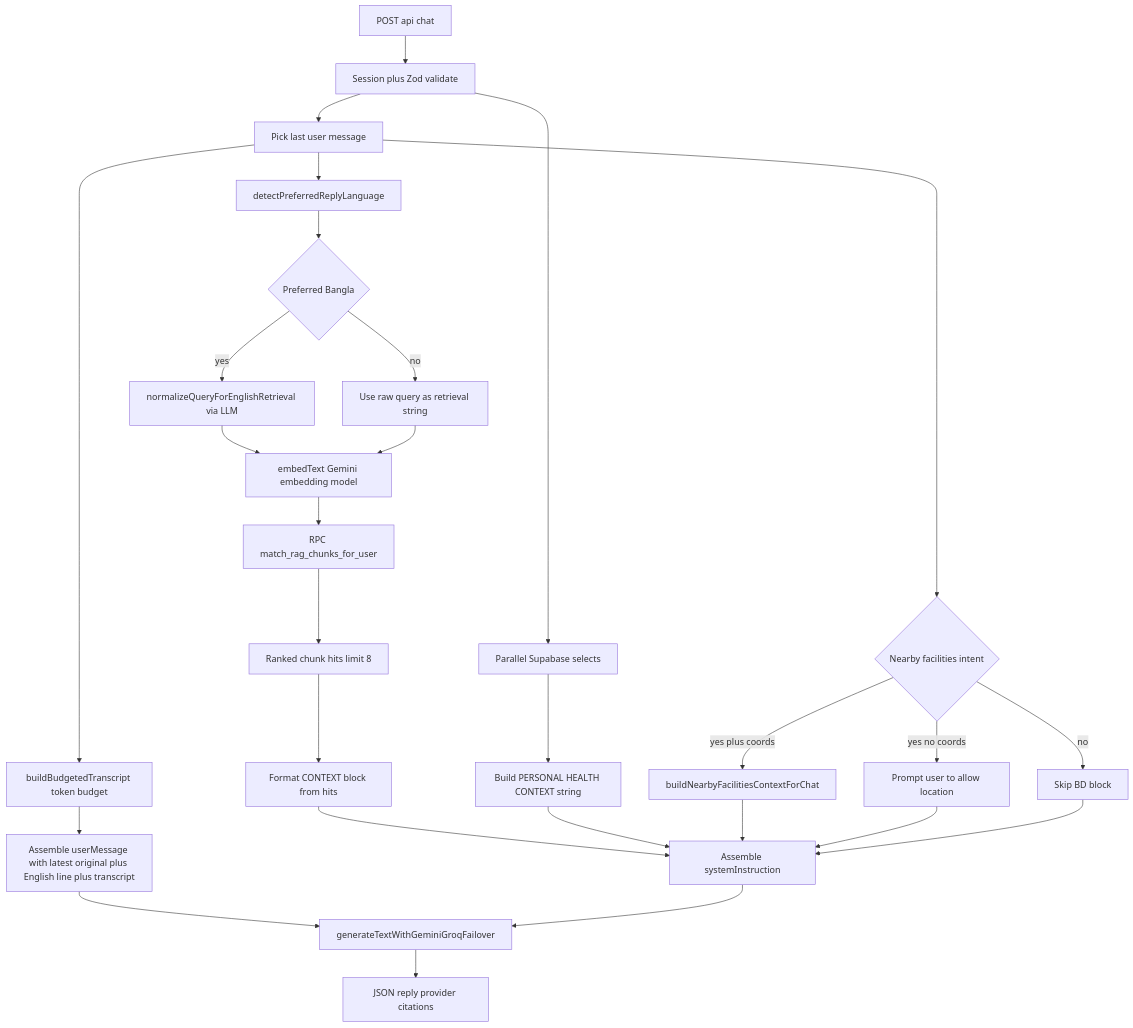
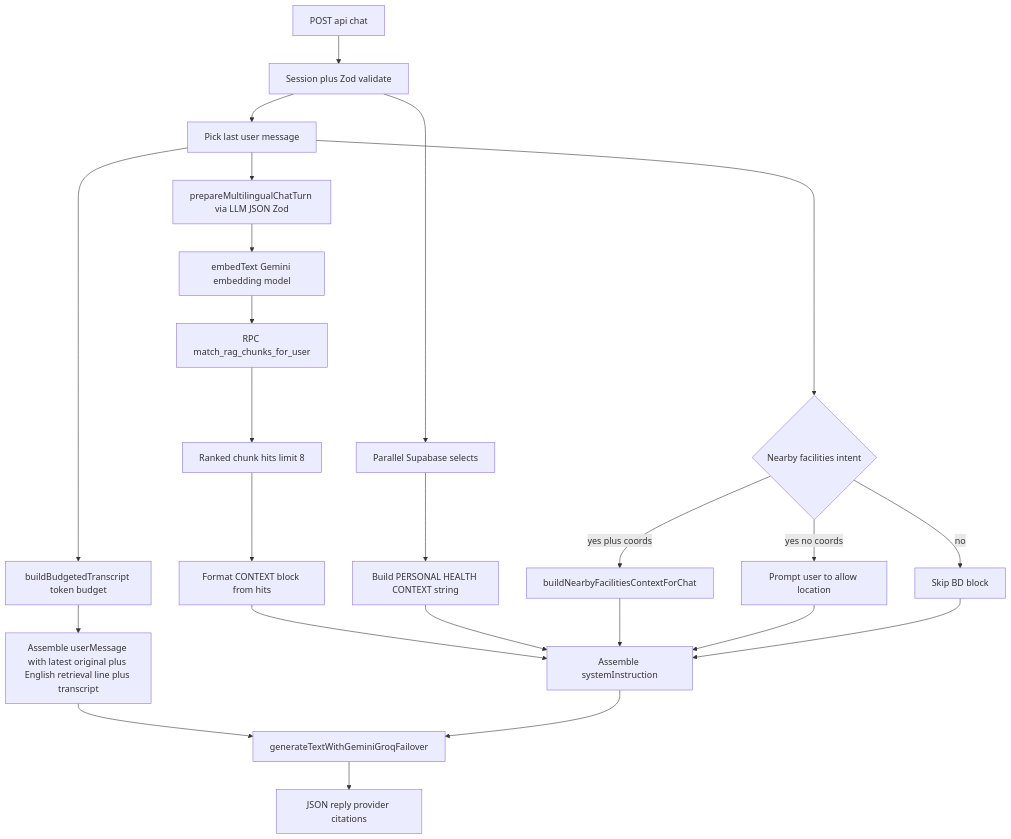
The sixth of 13 diagrams in docs/ARCHITECTURE.md (AlifDevPro/maacare), drawn with Mermaid before and after one commit. The commit also changed other lines of this file and 3 other files, not shown here.

First line of the commit message:
feat(chat): multilingual prep for English RAG and reply in user language

````diff
--- a/docs/ARCHITECTURE.md
+++ b/docs/ARCHITECTURE.md
@@ -230,30 +228,26 @@
 ```mermaid
 flowchart TD
   start[POST api chat] --> auth[Session plus Zod validate]
   auth --> last[Pick last user message]
-  last --> lang[detectPreferredReplyLanguage]
-  lang --> norm{Preferred Bangla}
-  norm -->|yes| tr[normalizeQueryForEnglishRetrieval via LLM]
-  norm -->|no| qe[Use raw query as retrieval string]
-  tr --> emb[embedText Gemini embedding model]
-  qe --> emb
+  last --> prep[prepareMultilingualChatTurn via LLM JSON Zod]
+  prep --> emb[embedText Gemini embedding model]
   emb --> rpc[RPC match_rag_chunks_for_user]
   rpc --> hits[Ranked chunk hits limit 8]
   hits --> ctx[Format CONTEXT block from hits]
   auth --> par[Parallel Supabase selects]
   par --> pc[Build PERSONAL HEALTH CONTEXT string]
   last --> trn[buildBudgetedTranscript token budget]
   last --> near{Nearby facilities intent}
   near -->|yes plus coords| bd[buildNearbyFacilitiesContextForChat]
   near -->|yes no coords| hint[Prompt user to allow location]
   near -->|no| skipbd[Skip BD block]
   ctx --> asm[Assemble systemInstruction]
   pc --> asm
-  trn --> usr[Assemble userMessage with latest original plus English line plus transcript]
+  trn --> usr[Assemble userMessage with latest original plus English retrieval line plus transcript]
   bd --> asm
   hint --> asm
   skipbd --> asm
   usr --> llm[generateTextWithGeminiGroqFailover]
   asm --> llm
   llm --> out[JSON reply provider citations]
 ```
````
